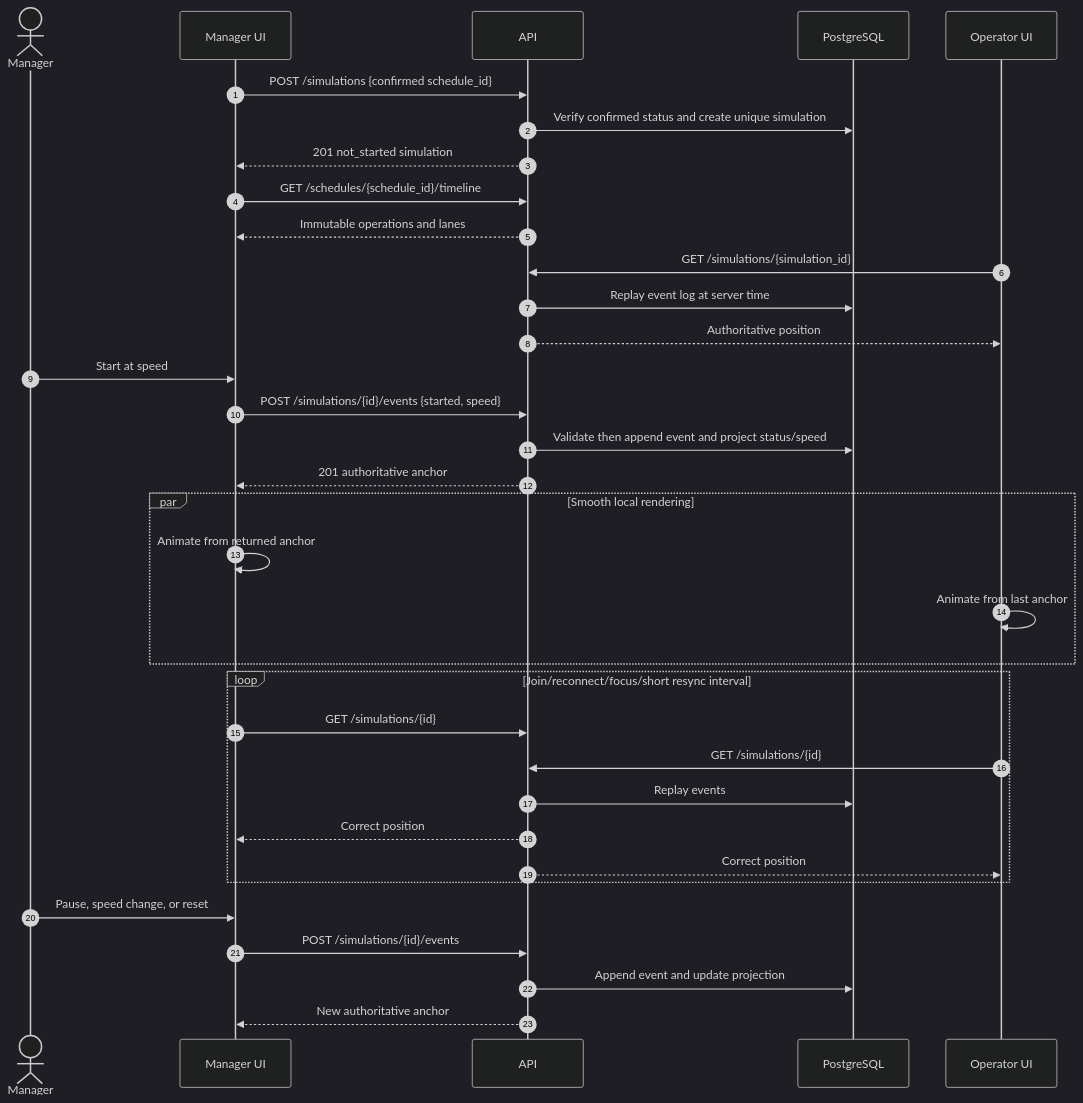
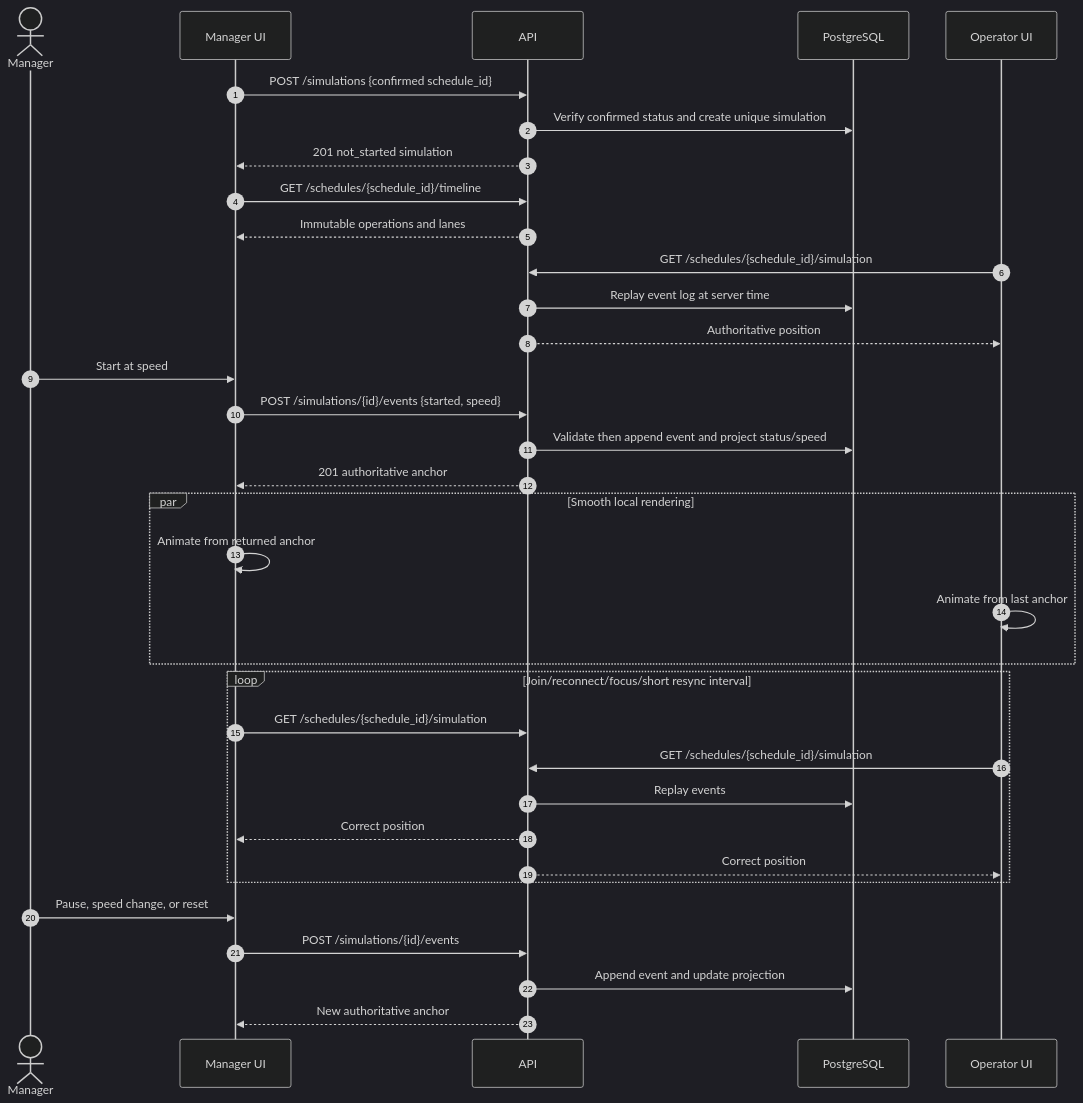
Before and after one commit to rileyrushton05/floorsync: the fourth of 4 diagrams in docs/scheduling-simulation-backend.md, drawn with Mermaid (dark theme). The commit also changed other lines of this file and 10 other files, not shown here.

````diff
--- a/docs/scheduling-simulation-backend.md
+++ b/docs/scheduling-simulation-backend.md
@@ -199,37 +200,37 @@
 ```mermaid
 sequenceDiagram
     autonumber
     actor Manager
     participant MUI as Manager UI
     participant API as API
     participant DB as PostgreSQL
     participant OUI as Operator UI
 
     MUI->>API: POST /simulations {confirmed schedule_id}
     API->>DB: Verify confirmed status and create unique simulation
     API-->>MUI: 201 not_started simulation
     MUI->>API: GET /schedules/{schedule_id}/timeline
     API-->>MUI: Immutable operations and lanes
-    OUI->>API: GET /simulations/{simulation_id}
+    OUI->>API: GET /schedules/{schedule_id}/simulation
     API->>DB: Replay event log at server time
     API-->>OUI: Authoritative position
     Manager->>MUI: Start at speed
     MUI->>API: POST /simulations/{id}/events {started, speed}
     API->>DB: Validate then append event and project status/speed
     API-->>MUI: 201 authoritative anchor
     par Smooth local rendering
         MUI->>MUI: Animate from returned anchor
         OUI->>OUI: Animate from last anchor
     end
     loop Join/reconnect/focus/short resync interval
-        MUI->>API: GET /simulations/{id}
-        OUI->>API: GET /simulations/{id}
+        MUI->>API: GET /schedules/{schedule_id}/simulation
+        OUI->>API: GET /schedules/{schedule_id}/simulation
         API->>DB: Replay events
         API-->>MUI: Correct position
         API-->>OUI: Correct position
     end
     Manager->>MUI: Pause, speed change, or reset
     MUI->>API: POST /simulations/{id}/events
     API->>DB: Append event and update projection
     API-->>MUI: New authoritative anchor
 ```
````
